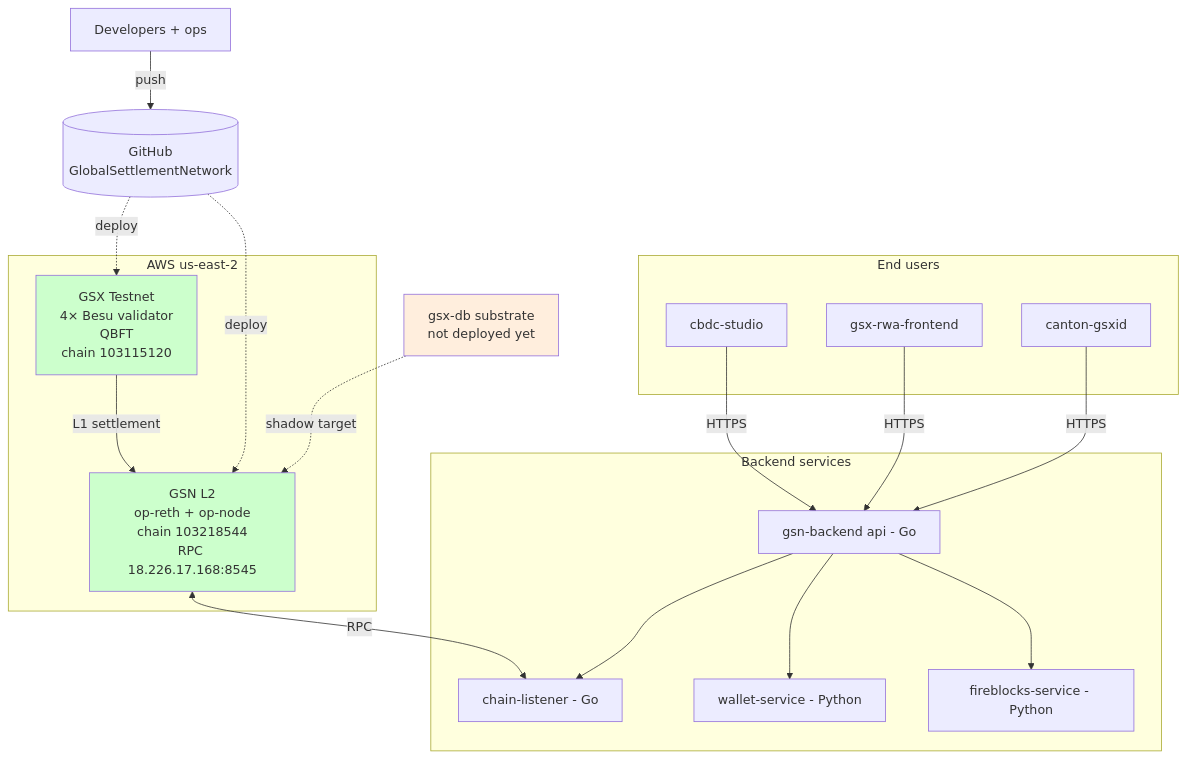
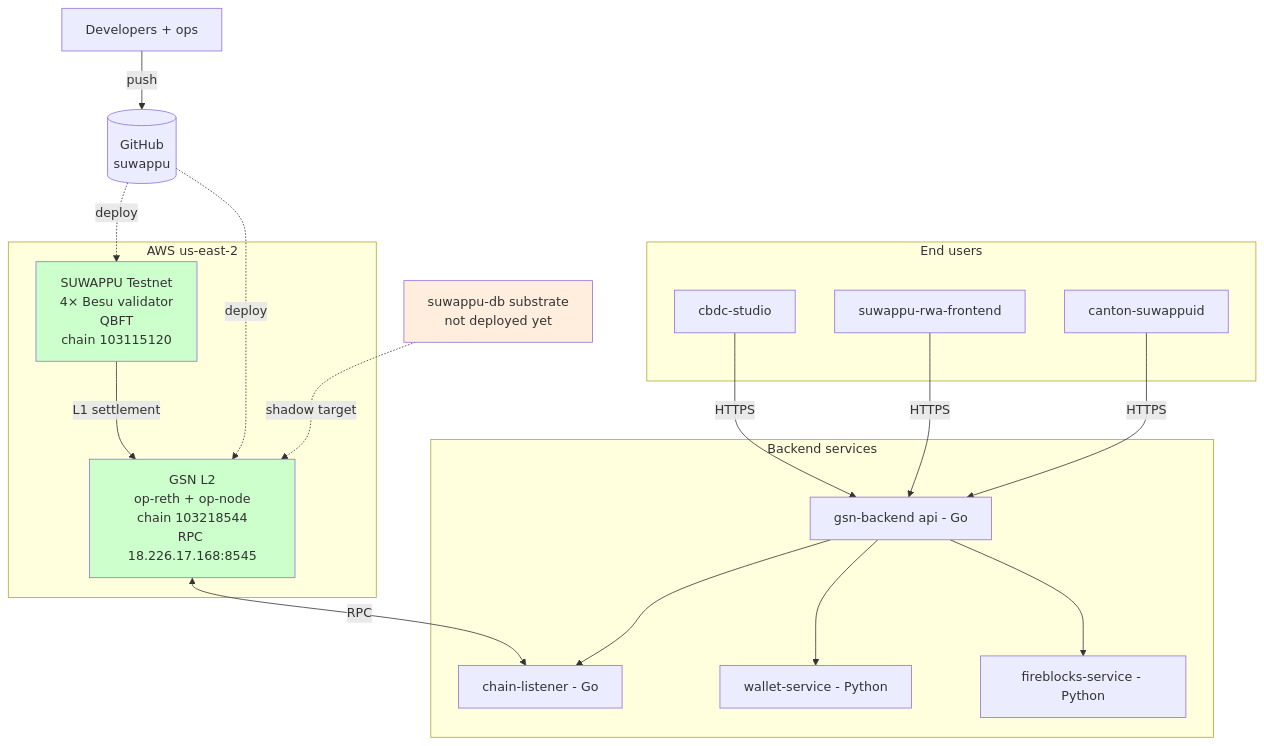
The first of 4 diagrams in docs/architecture/deployment-topology.md (Suwappu-Labs/suwappu-db), drawn with Mermaid before and after one commit. The commit also changed other lines of this file and 248 other files, not shown here.

````diff
--- a/docs/architecture/deployment-topology.md
+++ b/docs/architecture/deployment-topology.md
@@ -8,44 +8,44 @@
 ```mermaid
 flowchart TB
     Devs[Developers + ops]
-    GH[(GitHub<br/>GlobalSettlementNetwork)]
+    GH[(GitHub<br/>suwappu)]
     Devs -->|push| GH
 
     subgraph AWS[AWS us-east-2]
-        Besu[GSX Testnet<br/>4× Besu validator<br/>QBFT<br/>chain 103115120]
+        Besu[SUWAPPU Testnet<br/>4× Besu validator<br/>QBFT<br/>chain 103115120]
         OPStack[GSN L2<br/>op-reth + op-node<br/>chain 103218544<br/>RPC 18.226.17.168:8545]
         Besu -->|L1 settlement| OPStack
     end
 
     GH -.deploy.-> Besu
     GH -.deploy.-> OPStack
 
     subgraph Backend[Backend services]
         API[gsn-backend api - Go]
         ChainListen[chain-listener - Go]
         Wallet[wallet-service - Python]
         FB[fireblocks-service - Python]
     end
 
     OPStack <--RPC--> ChainListen
     API --> ChainListen
     API --> Wallet
     API --> FB
 
     subgraph Frontend[End users]
         CBDC[cbdc-studio]
-        RWA[gsx-rwa-frontend]
-        Identity[canton-gsxid]
+        RWA[suwappu-rwa-frontend]
+        Identity[canton-suwappuid]
     end
 
     CBDC -->|HTTPS| API
     RWA -->|HTTPS| API
     Identity -->|HTTPS| API
 
-    GsxDB[gsx-db substrate<br/>not deployed yet]
-    GsxDB -.shadow target.-> OPStack
+    SuwappuDB[suwappu-db substrate<br/>not deployed yet]
+    SuwappuDB -.shadow target.-> OPStack
 
-    style GsxDB fill:#fed
+    style SuwappuDB fill:#fed
     style Besu fill:#cfc
     style OPStack fill:#cfc
 ```
````
